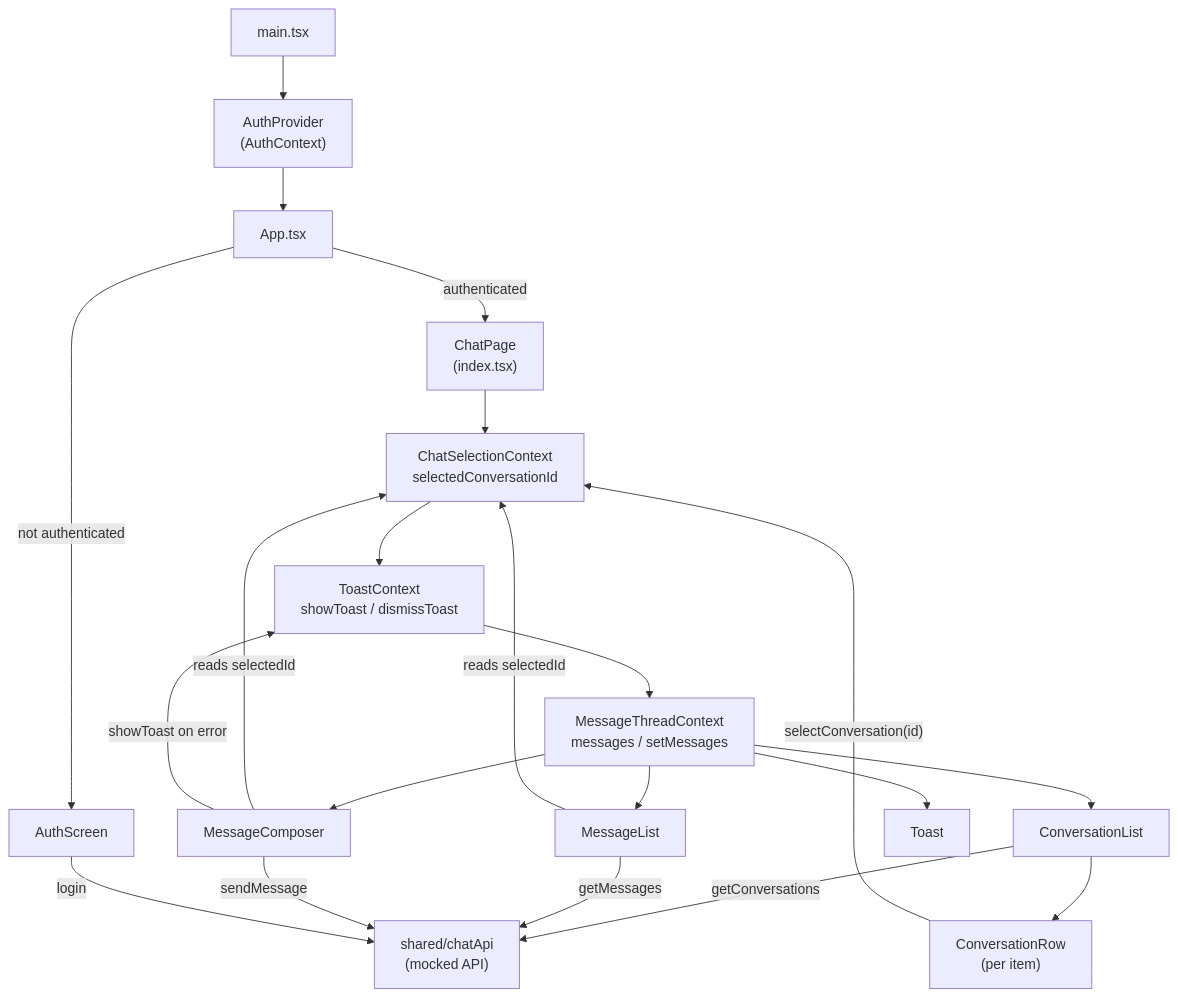
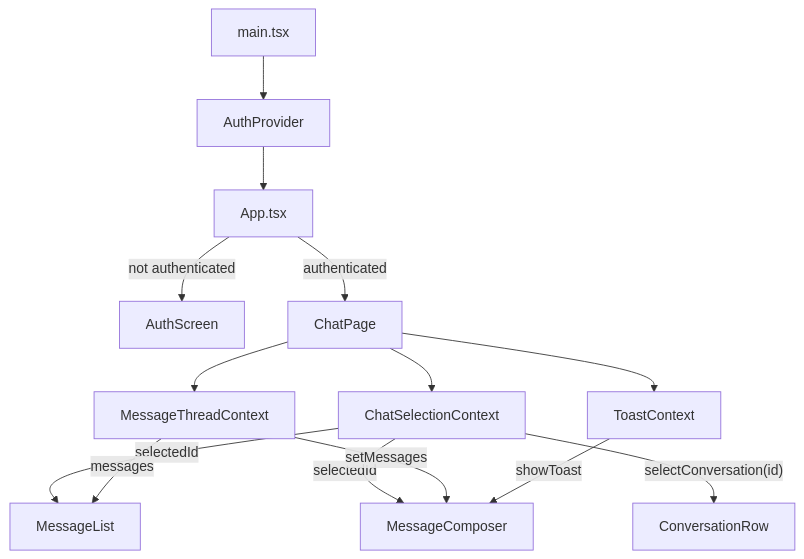
One commit to michael-nagen/chat-mvp changed the diagram in README.md. Above: the diagram before and after it, drawn with Mermaid. The commit also changed other lines of this file, not shown here.

Commit message:
docs: simplify README — shorter flow description and folder summaries

````diff
--- a/README.md
+++ b/README.md
@@ -124,46 +32,20 @@
 ```mermaid
 flowchart TD
-    main["main.tsx"]
-    app["App.tsx"]
-    authProvider["AuthProvider\n(AuthContext)"]
-    authScreen["AuthScreen"]
-    chatPage["ChatPage\n(index.tsx)"]
+    main["main.tsx"] --> authProvider["AuthProvider"]
+    authProvider --> app["App.tsx"]
+    app -- "not authenticated" --> authScreen["AuthScreen"]
+    app -- "authenticated" --> chatPage["ChatPage"]
 
-    chatSelectionCtx["ChatSelectionContext\nselectedConversationId"]
-    toastCtx["ToastContext\nshowToast / dismissToast"]
-    messageThreadCtx["MessageThreadContext\nmessages / setMessages"]
+    chatPage --> chatSelectionCtx["ChatSelectionContext"]
+    chatPage --> toastCtx["ToastContext"]
+    chatPage --> messageThreadCtx["MessageThreadContext"]
 
-    convList["ConversationList"]
-    convRow["ConversationRow\n(per item)"]
-    msgList["MessageList"]
-    msgComposer["MessageComposer"]
-    toast["Toast"]
+    chatSelectionCtx -- "selectedId" --> msgList["MessageList"]
+    chatSelectionCtx -- "selectedId" --> msgComposer["MessageComposer"]
+    chatSelectionCtx -- "selectConversation(id)" --> convRow["ConversationRow"]
 
-    api["shared/chatApi\n(mocked API)"]
+    messageThreadCtx -- "messages" --> msgList
+    messageThreadCtx -- "setMessages" --> msgComposer
 
-    main --> authProvider
-    authProvider --> app
-    app -- "not authenticated" --> authScreen
-    app -- "authenticated" --> chatPage
-
-    chatPage --> chatSelectionCtx
-    chatSelectionCtx --> toastCtx
-    toastCtx --> messageThreadCtx
-
-    messageThreadCtx --> convList
-    messageThreadCtx --> msgList
-    messageThreadCtx --> msgComposer
-    messageThreadCtx --> toast
-
-    convList --> convRow
-    convRow -- "selectConversation(id)" --> chatSelectionCtx
-
-    msgList -- "reads selectedId" --> chatSelectionCtx
-    msgComposer -- "reads selectedId" --> chatSelectionCtx
-    msgComposer -- "showToast on error" --> toastCtx
-
-    convList -- "getConversations" --> api
-    msgList -- "getMessages" --> api
-    msgComposer -- "sendMessage" --> api
-    authScreen -- "login" --> api
+    toastCtx -- "showToast" --> msgComposer
 ```
````
